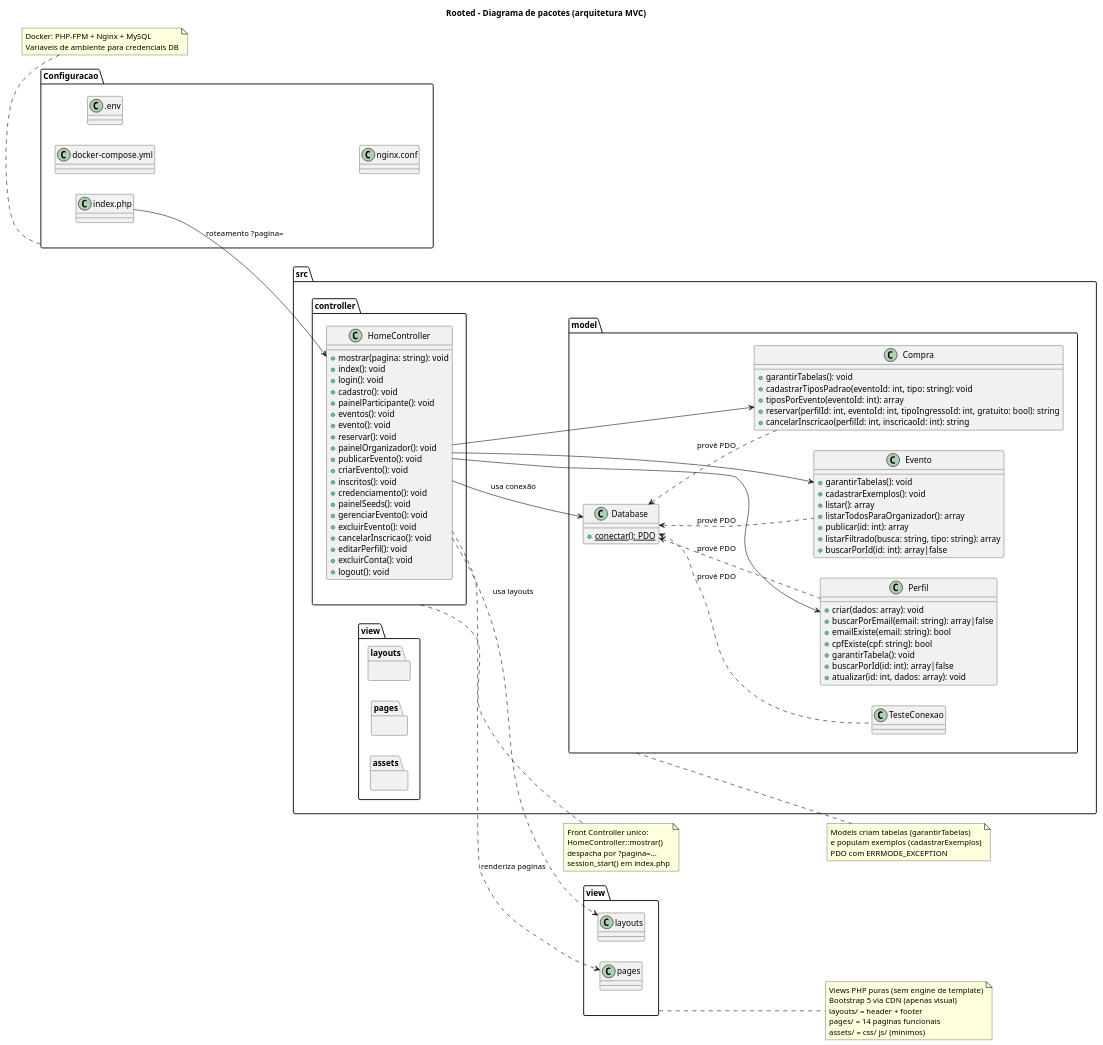
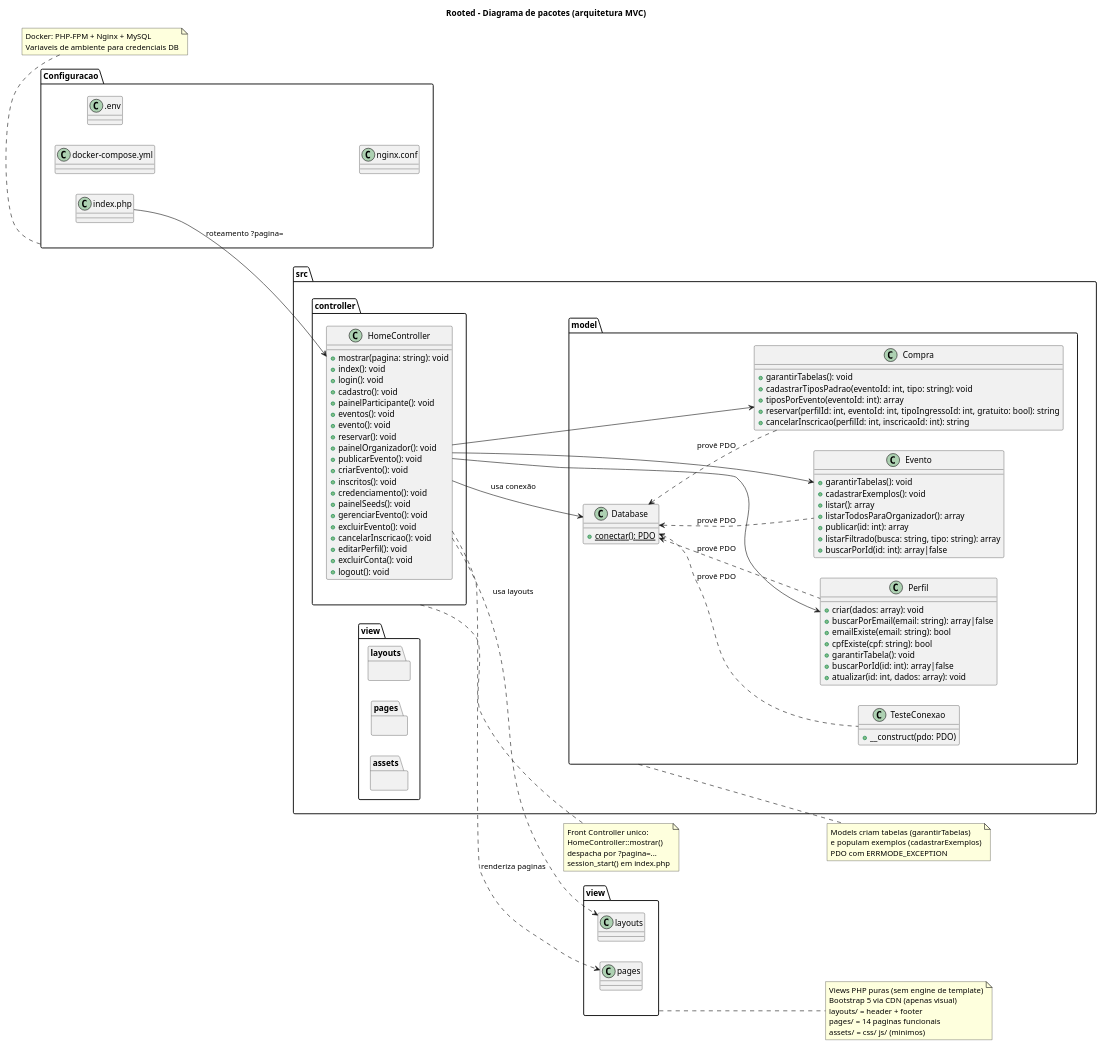
The diagram in docs/diagramas/scripts/06-pacotes.puml (paulothaylam/rooted-projeto), drawn with PlantUML before and after one commit. The commit also changed 2 other files, not shown here.

Commit message:
fix: corrigir diagramas UML
- 04-classes-dominio.puml: mover classe Organizacao antes dos relacionamentos para evitar referência antecipada; adicionar nota da tabela organizacoes
- 05-classes-enumeracoes.puml -> 05-objetos-exemplos.puml: renomear arquivo para corresponder ao conteúdo (Diagrama de objetos / exemplos de dados)
- 06-pacotes.puml: adicionar método __construct à classe TesteConexao para consistência com diagrama de classes

```diff
--- a/docs/diagramas/scripts/06-pacotes.puml
+++ b/docs/diagramas/scripts/06-pacotes.puml
@@ -1,116 +1,118 @@
 @startuml
 title Rooted – Diagrama de pacotes (arquitetura MVC)
 left to right direction
 
 package "src" {
   package "controller" {
     class HomeController {
       +mostrar(pagina: string): void
       +index(): void
       +login(): void
       +cadastro(): void
       +painelParticipante(): void
       +eventos(): void
       +evento(): void
       +reservar(): void
       +painelOrganizador(): void
       +publicarEvento(): void
       +criarEvento(): void
       +inscritos(): void
       +credenciamento(): void
       +painelSeeds(): void
       +gerenciarEvento(): void
       +excluirEvento(): void
       +cancelarInscricao(): void
       +editarPerfil(): void
       +excluirConta(): void
       +logout(): void
     }
   }
 
   package "model" {
     class Database {
       {static} +conectar(): PDO
     }
     class Perfil {
       +criar(dados: array): void
       +buscarPorEmail(email: string): array|false
       +emailExiste(email: string): bool
       +cpfExiste(cpf: string): bool
       +garantirTabela(): void
       +buscarPorId(id: int): array|false
       +atualizar(id: int, dados: array): void
     }
     class Evento {
       +garantirTabelas(): void
       +cadastrarExemplos(): void
       +listar(): array
       +listarTodosParaOrganizador(): array
       +publicar(id: int): array
       +listarFiltrado(busca: string, tipo: string): array
       +buscarPorId(id: int): array|false
     }
     class Compra {
       +garantirTabelas(): void
       +cadastrarTiposPadrao(eventoId: int, tipo: string): void
       +tiposPorEvento(eventoId: int): array
       +reservar(perfilId: int, eventoId: int, tipoIngressoId: int, gratuito: bool): string
       +cancelarInscricao(perfilId: int, inscricaoId: int): string
     }
-    class TesteConexao
+    class TesteConexao {
+      +__construct(pdo: PDO)
+    }
   }
 
   package "view" {
     package "layouts" {}
     package "pages" {}
     package "assets" {}
   }
 }
 
 package "Configuracao" {
   class "index.php" as Index
   class "docker-compose.yml" as DockerCompose
   class ".env" as Env
   class "nginx.conf" as NginxConfig
 }
 
 Index --> HomeController : roteamento ?pagina=
 HomeController --> Database : usa conexão
 HomeController --> Perfil
 HomeController --> Evento
 HomeController --> Compra
 HomeController ..> "view.layouts" : usa layouts
 HomeController ..> "view.pages" : renderiza paginas
 
 Database <.. Perfil : provê PDO
 Database <.. Evento : provê PDO
 Database <.. Compra : provê PDO
 Database <.. TesteConexao : provê PDO
 
 note right of "controller"
   Front Controller unico:
   HomeController::mostrar()
   despacha por ?pagina=...
   session_start() em index.php
 end note
 
 note right of "model"
   Models criam tabelas (garantirTabelas)
   e populam exemplos (cadastrarExemplos)
   PDO com ERRMODE_EXCEPTION
 end note
 
 note right of "view"
   Views PHP puras (sem engine de template)
   Bootstrap 5 via CDN (apenas visual)
   layouts/ = header + footer
   pages/ = 14 paginas funcionais
   assets/ = css/ js/ (minimos)
 end note
 
 note bottom of "Configuracao"
   Docker: PHP-FPM + Nginx + MySQL
   Variaveis de ambiente para credenciais DB
 end note
 
 @enduml
```
